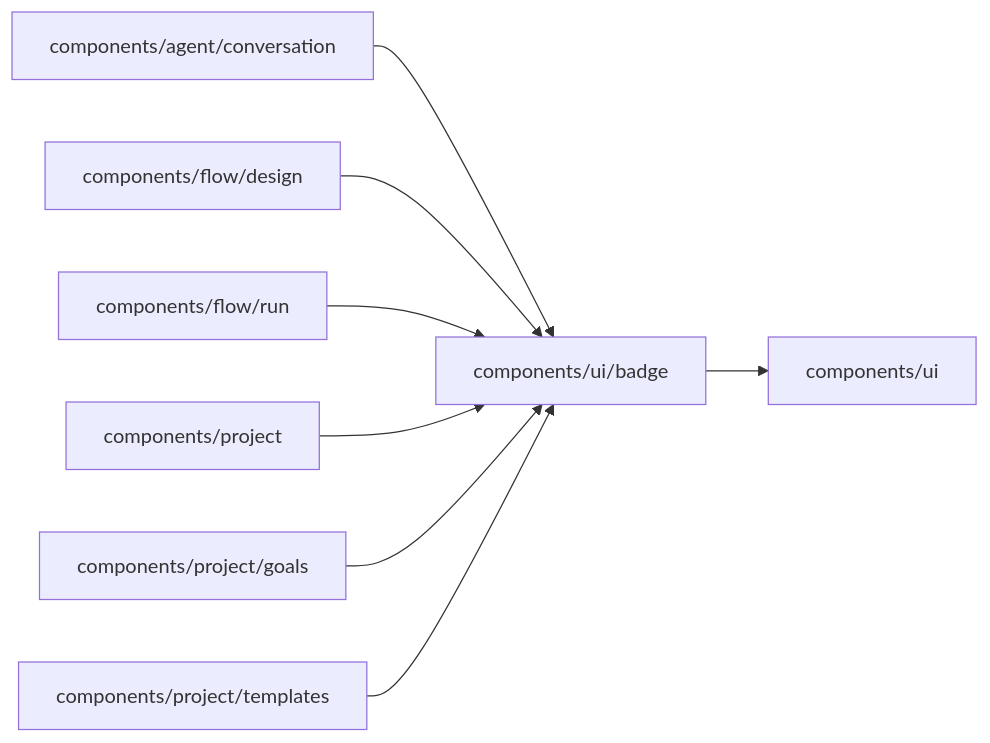
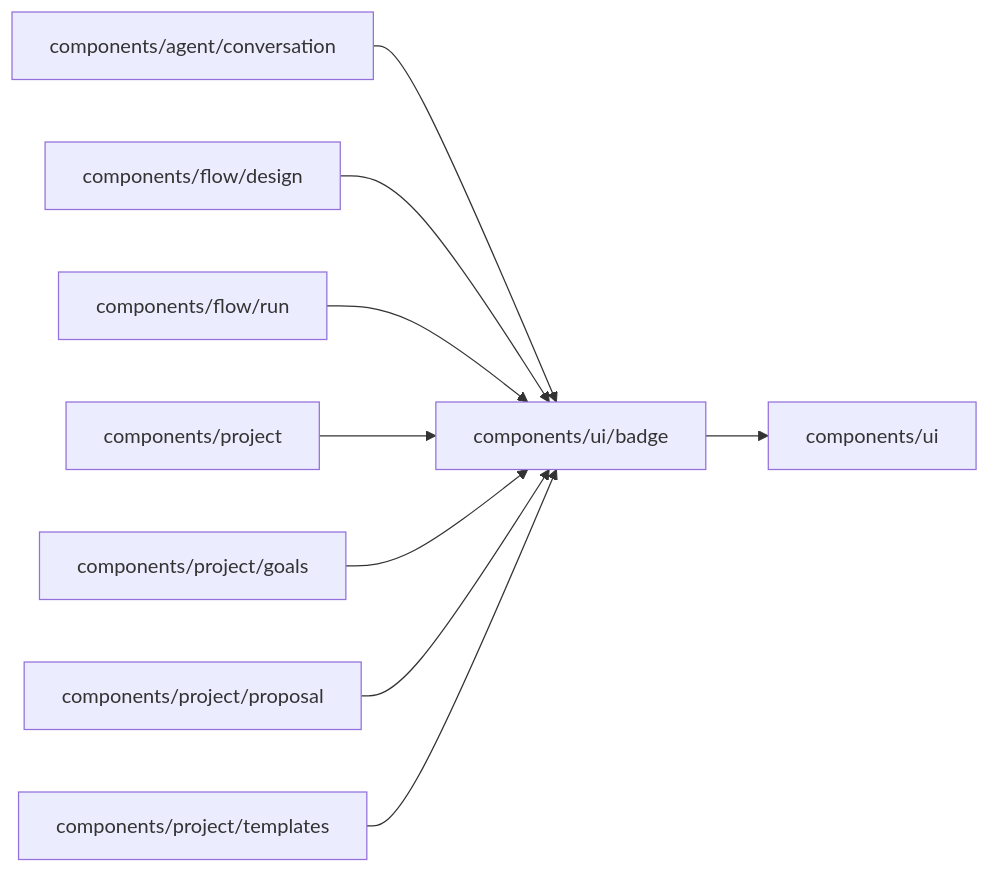
Before and after one commit to superdurable/superverse: the diagram in web/studio/components/ui/badge/README.md, drawn with Mermaid. The commit also changed other lines of this file and 226 other files, not shown here.

````diff
--- a/web/studio/components/ui/badge/README.md
+++ b/web/studio/components/ui/badge/README.md
@@ -10,11 +10,12 @@
 ```mermaid
 flowchart LR
   self["components/ui/badge"]
   c0["components/agent/conversation"] --> self
   c1["components/flow/design"] --> self
   c2["components/flow/run"] --> self
   c3["components/project"] --> self
   c4["components/project/goals"] --> self
-  c5["components/project/templates"] --> self
+  c5["components/project/proposal"] --> self
+  c6["components/project/templates"] --> self
   self --> d0["components/ui"]
 ```
````
